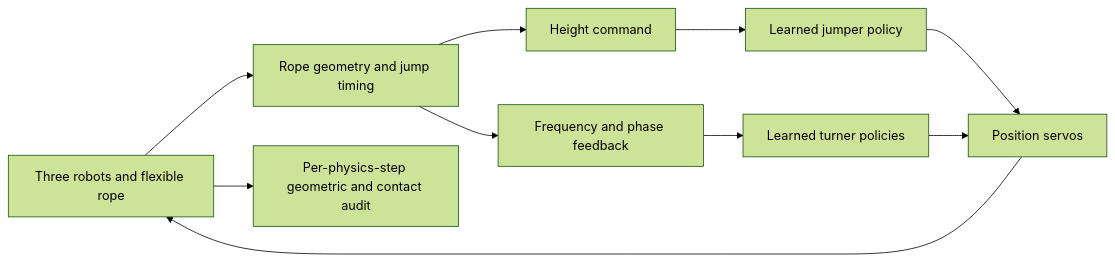
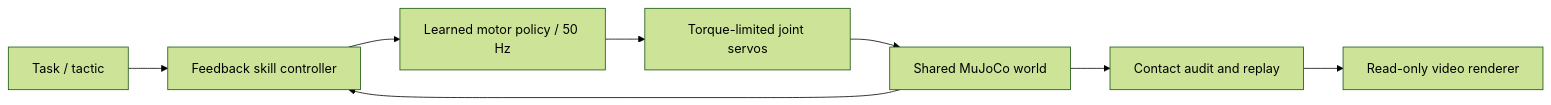
The diagram in README.md (ros-claw/microduck), drawn with Mermaid (forest theme) before and after one commit. The commit also changed other lines of this file and 5 other files, not shown here.

````diff
--- a/README.md
+++ b/README.md
@@ -99,12 +56,10 @@
 ```mermaid
 flowchart LR
-    World[Three robots and flexible rope] --> Measure[Rope geometry and jump timing]
-    Measure --> Height[Height command]
-    Height --> Jumper[Learned jumper policy]
-    Measure --> Sync[Frequency and phase feedback]
-    Sync --> Turners[Learned turner policies]
-    Jumper --> Servos[Position servos]
-    Turners --> Servos
-    Servos --> World
-    World --> Audit[Per-physics-step geometric and contact audit]
+    Goal[Task / tactic] --> Skill[Feedback skill controller]
+    Skill --> Policy[Learned motor policy / 50 Hz]
+    Policy --> Motor[Torque-limited joint servos]
+    Motor --> World[Shared MuJoCo world]
+    World --> Skill
+    World --> Audit[Contact audit and replay]
+    Audit --> Video[Read-only video renderer]
 ```
````
